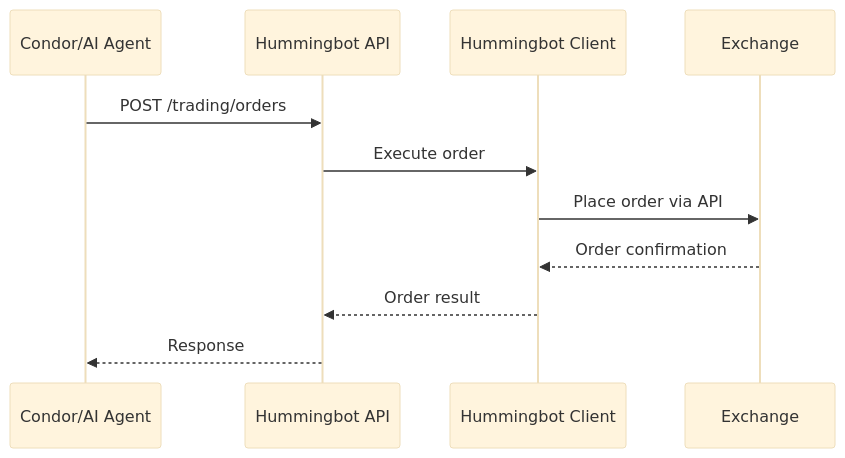
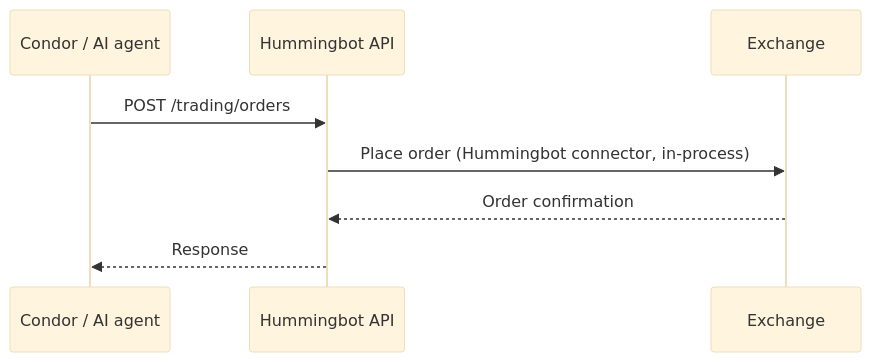
Before and after one commit to hummingbot/condor-docs: the second of 2 diagrams in api-reference/architecture.mdx, drawn with Mermaid (base theme). The commit also changed other lines of this file and 7 other files, not shown here.

````diff
--- a/api-reference/architecture.mdx
+++ b/api-reference/architecture.mdx
@@ -86,14 +104,11 @@
 ```mermaid
 sequenceDiagram
-    participant User as Condor/AI Agent
+    participant User as Condor / AI agent
     participant API as Hummingbot API
-    participant HB as Hummingbot Client
     participant CEX as Exchange
 
     User->>API: POST /trading/orders
-    API->>HB: Execute order
-    HB->>CEX: Place order via API
-    CEX-->>HB: Order confirmation
-    HB-->>API: Order result
+    API->>CEX: Place order (Hummingbot connector, in-process)
+    CEX-->>API: Order confirmation
     API-->>User: Response
 ```
````
